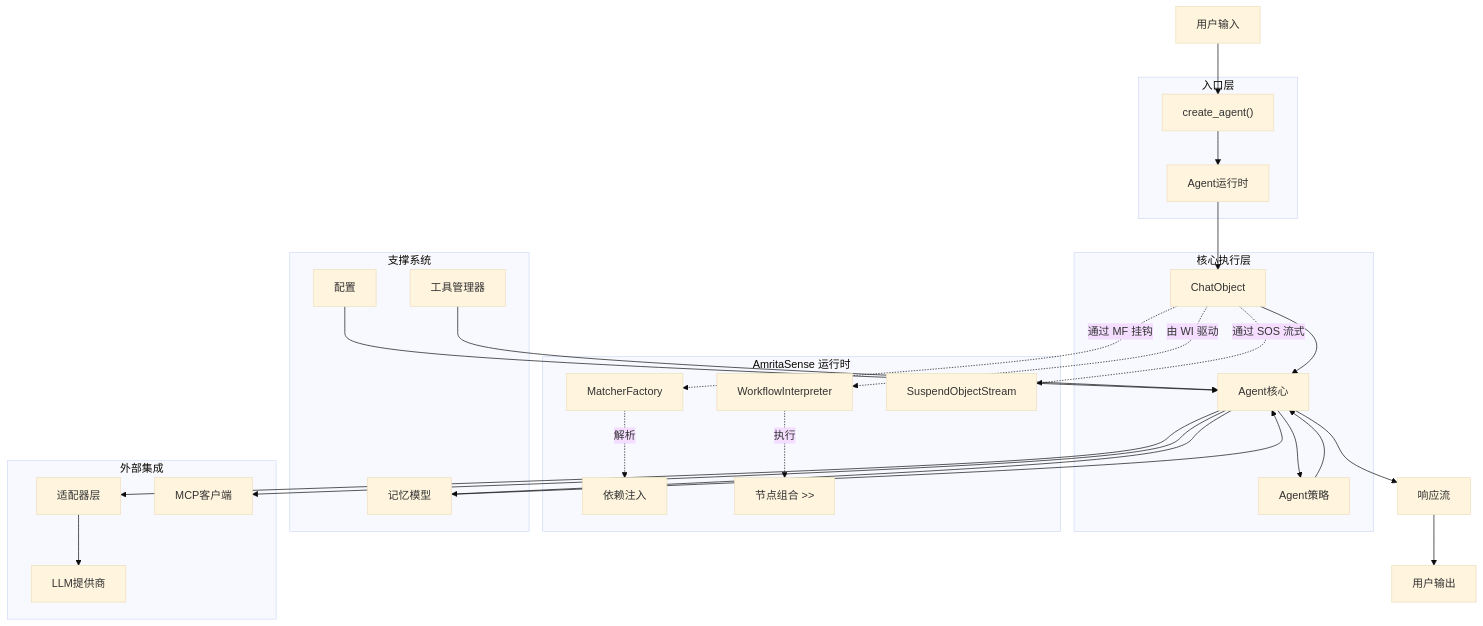
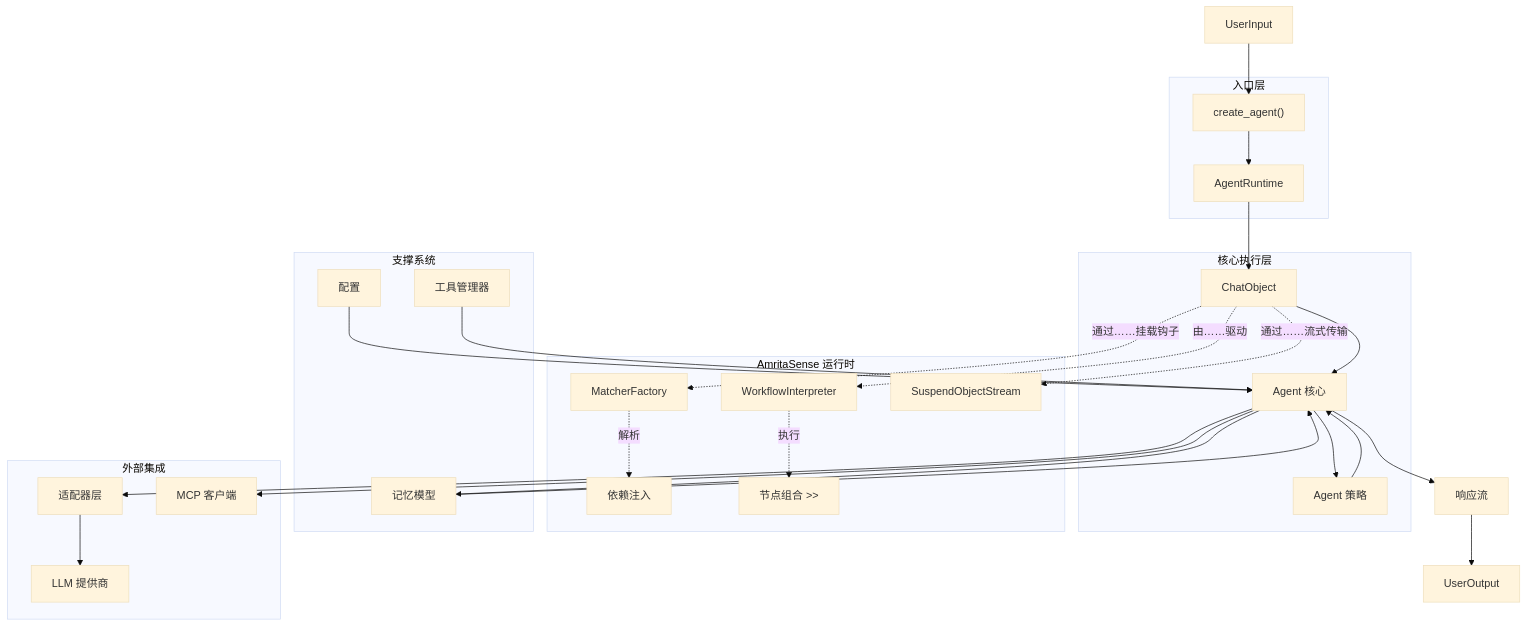
Before and after one commit to AmritaBot/AmritaCore: the first of 5 diagrams in docs/docs/zh/guide/getting-started/architecture.md, drawn with Mermaid (base theme). The commit also changed other lines of this file and 160 other files, not shown here.

````diff
--- a/docs/docs/zh/guide/getting-started/architecture.md
+++ b/docs/docs/zh/guide/getting-started/architecture.md
@@ -7,57 +7,57 @@
 ```mermaid
 graph TB
     subgraph "入口层"
-        H[Agent运行时]
+        H[AgentRuntime]
         Factory["create_agent()"]
     end
 
     subgraph "核心执行层"
         A[ChatObject]
-        F[Agent核心]
-        G[Agent策略]
+        F[Agent 核心]
+        G[Agent 策略]
     end
 
     subgraph "AmritaSense 运行时"
         WI[WorkflowInterpreter]
         MF[MatcherFactory]
         SOS[SuspendObjectStream]
         DI[依赖注入]
         NC[节点组合 >>]
     end
 
     subgraph "支撑系统"
         B[配置]
         D[工具管理器]
         E[记忆模型]
     end
 
     subgraph "外部集成"
         Adapter[适配器层]
-        LLM[LLM提供商]
-        MCP[MCP客户端]
+        LLM[LLM 提供商]
+        MCP[MCP 客户端]
     end
 
-    用户输入 --> Factory
+    UserInput --> Factory
     Factory --> H
     H --> A
     A --> F
     F --> G
     G --> F
     F --> Adapter
     Adapter --> LLM
     F --> MCP
 
-    A -.->|由 WI 驱动| WI
-    A -.->|通过 MF 挂钩| MF
-    A -.->|通过 SOS 流式| SOS
+    A -.->|由……驱动| WI
+    A -.->|通过……挂载钩子| MF
+    A -.->|通过……流式传输| SOS
     MF -.->|解析| DI
     WI -.->|执行| NC
 
     B --> F
     D --> F
     E --> F
 
-    F --> 响应流[响应流]
-    响应流 --> 用户输出
+    F --> ResponseStream[响应流]
+    ResponseStream --> UserOutput
     F --> E
 ```
````
